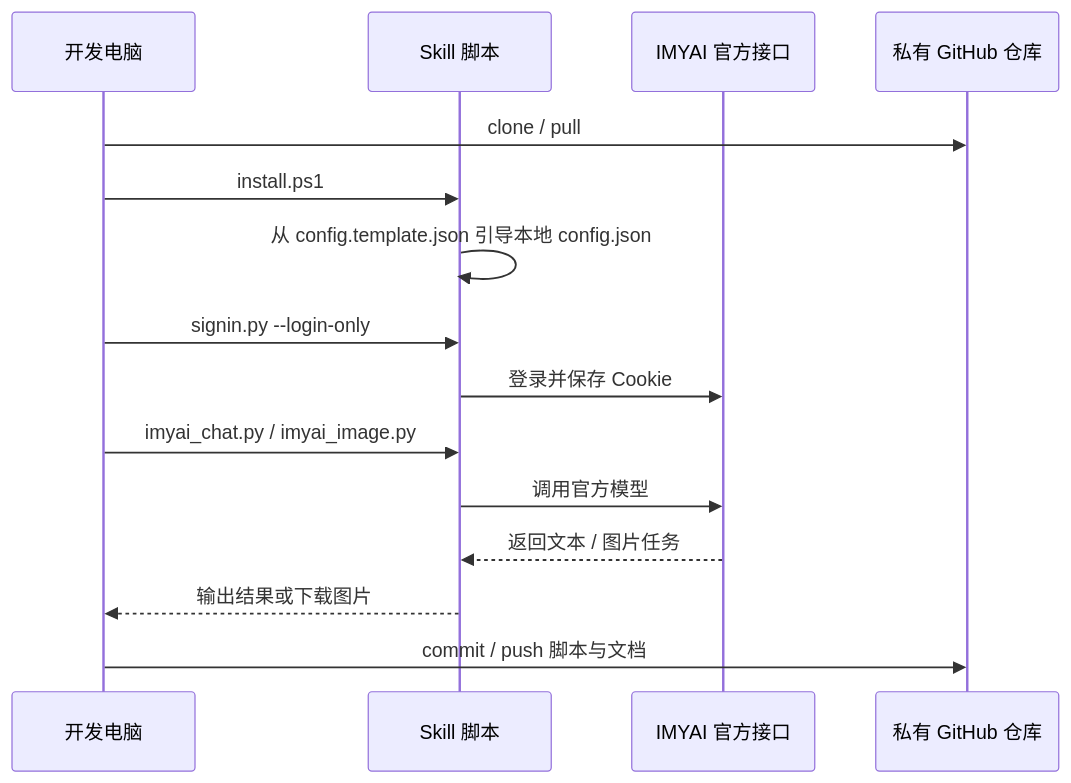
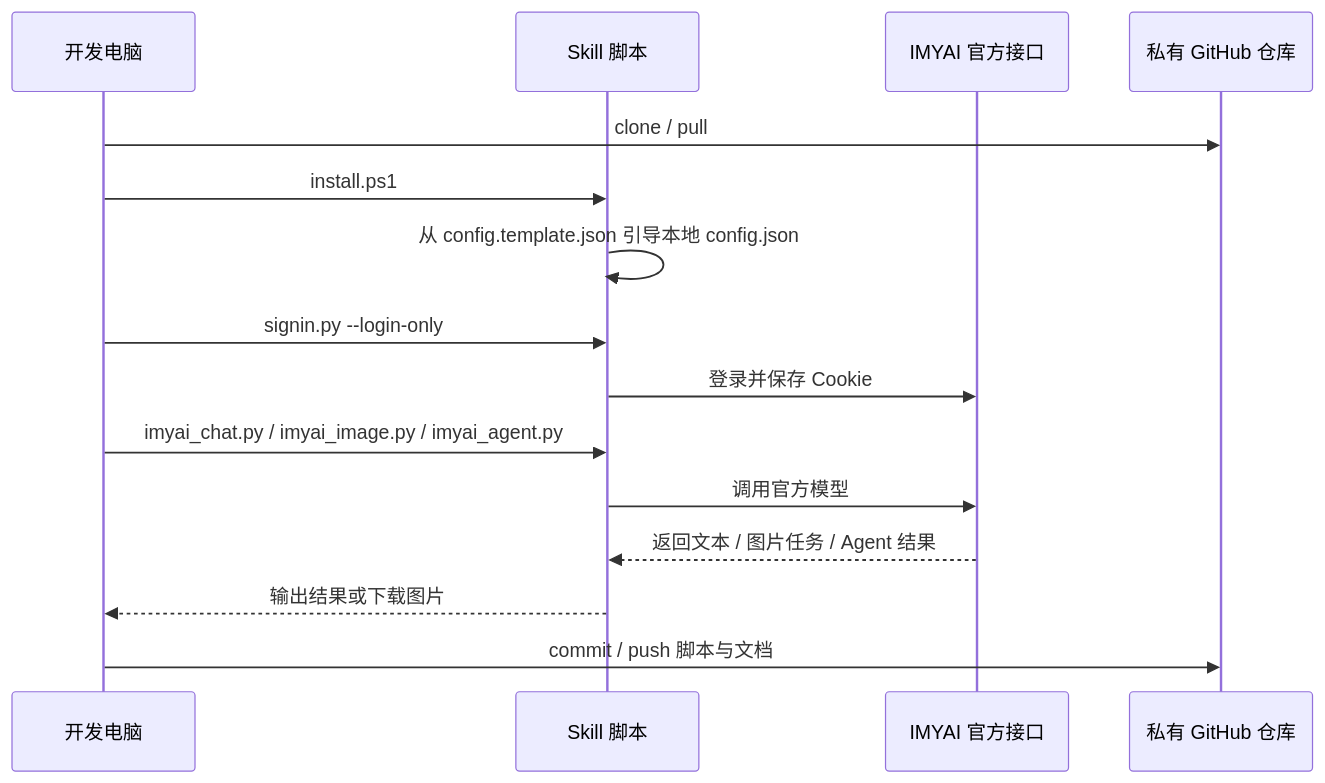
Before and after one commit to vegetpig/super-imyaigc-signin: the second of 3 diagrams in README.md, drawn with Mermaid. The commit also changed other lines of this file, not shown here.

````diff
--- a/README.md
+++ b/README.md
@@ -69,18 +90,18 @@
 ```mermaid
 sequenceDiagram
     participant Dev as 开发电脑
     participant Skill as Skill 脚本
     participant API as IMYAI 官方接口
     participant GitHub as 私有 GitHub 仓库
 
     Dev->>GitHub: clone / pull
     Dev->>Skill: install.ps1
     Skill->>Skill: 从 config.template.json 引导本地 config.json
     Dev->>Skill: signin.py --login-only
     Skill->>API: 登录并保存 Cookie
-    Dev->>Skill: imyai_chat.py / imyai_image.py
+    Dev->>Skill: imyai_chat.py / imyai_image.py / imyai_agent.py
     Skill->>API: 调用官方模型
-    API-->>Skill: 返回文本 / 图片任务
+    API-->>Skill: 返回文本 / 图片任务 / Agent 结果
     Skill-->>Dev: 输出结果或下载图片
     Dev->>GitHub: commit / push 脚本与文档
 ```
````
